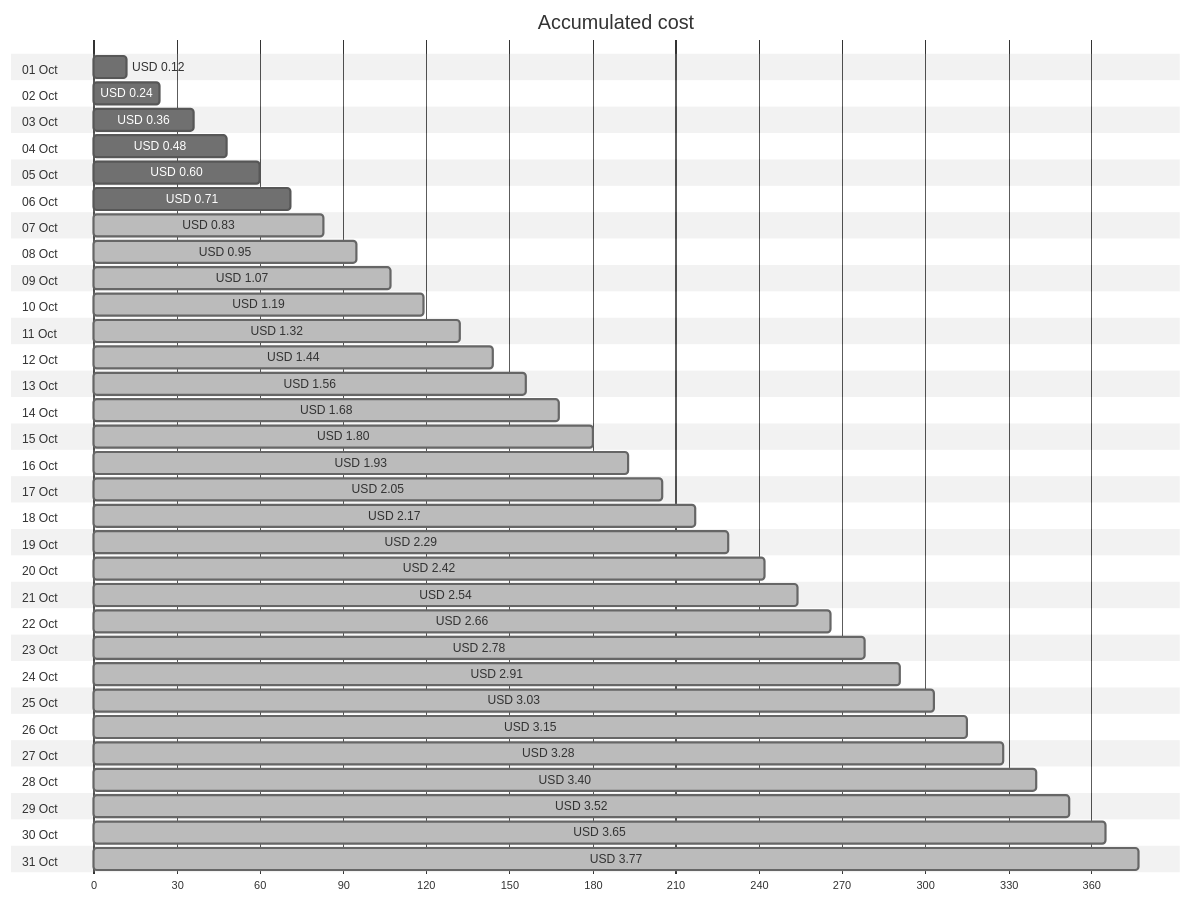
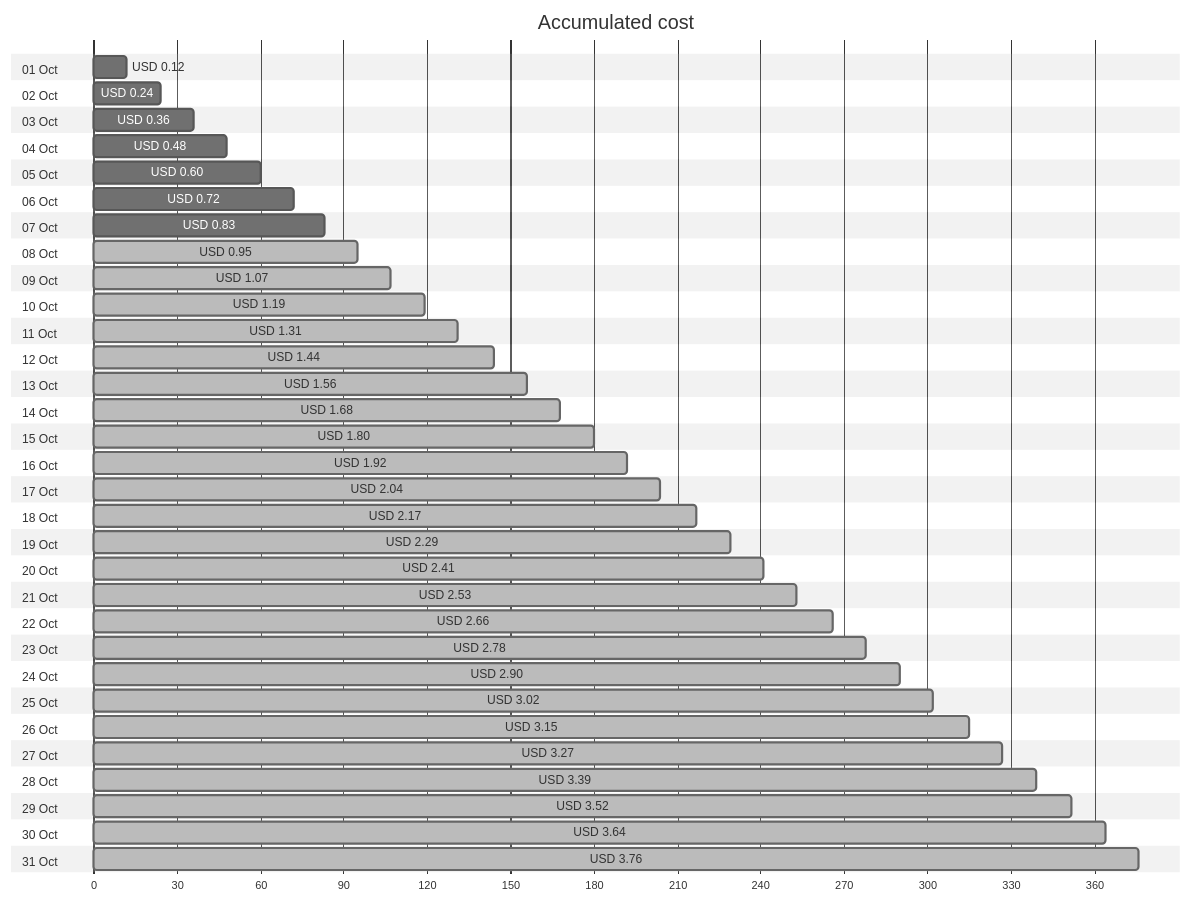
One commit to jpfulton/azure-personal-reports changed the first of 4 diagrams in cost-reports/personal-network/vpn-server-public-ip.md. Above: the diagram before and after it, drawn with Mermaid (neutral theme). The commit also changed other lines of this file and 8 other files, not shown here.

````diff
--- a/cost-reports/personal-network/vpn-server-public-ip.md
+++ b/cost-reports/personal-network/vpn-server-public-ip.md
@@ -20,68 +20,68 @@
 ```mermaid
 gantt
    title Accumulated cost
    dateFormat  X
    axisFormat %s
    section 01 Oct
    USD 0.12 :0, 12
    section 02 Oct
    USD 0.24 :0, 24
    section 03 Oct
    USD 0.36 :0, 36
    section 04 Oct
    USD 0.48 :0, 48
    section 05 Oct
    USD 0.60 :0, 60
    section 06 Oct
-   USD 0.71 :0, 71
+   USD 0.72 :0, 72
    section 07 Oct
-   USD 0.83 : done, 0, 83
+   USD 0.83 :0, 83
    section 08 Oct
    USD 0.95 : done, 0, 95
    section 09 Oct
    USD 1.07 : done, 0, 107
    section 10 Oct
    USD 1.19 : done, 0, 119
    section 11 Oct
-   USD 1.32 : done, 0, 132
+   USD 1.31 : done, 0, 131
    section 12 Oct
    USD 1.44 : done, 0, 144
    section 13 Oct
    USD 1.56 : done, 0, 156
    section 14 Oct
    USD 1.68 : done, 0, 168
    section 15 Oct
    USD 1.80 : done, 0, 180
    section 16 Oct
-   USD 1.93 : done, 0, 193
+   USD 1.92 : done, 0, 192
    section 17 Oct
-   USD 2.05 : done, 0, 205
+   USD 2.04 : done, 0, 204
    section 18 Oct
    USD 2.17 : done, 0, 217
    section 19 Oct
    USD 2.29 : done, 0, 229
    section 20 Oct
-   USD 2.42 : done, 0, 242
+   USD 2.41 : done, 0, 241
    section 21 Oct
-   USD 2.54 : done, 0, 254
+   USD 2.53 : done, 0, 253
    section 22 Oct
    USD 2.66 : done, 0, 266
    section 23 Oct
    USD 2.78 : done, 0, 278
    section 24 Oct
-   USD 2.91 : done, 0, 291
+   USD 2.90 : done, 0, 290
    section 25 Oct
-   USD 3.03 : done, 0, 303
+   USD 3.02 : done, 0, 302
    section 26 Oct
    USD 3.15 : done, 0, 315
    section 27 Oct
-   USD 3.28 : done, 0, 328
+   USD 3.27 : done, 0, 327
    section 28 Oct
-   USD 3.40 : done, 0, 340
+   USD 3.39 : done, 0, 339
    section 29 Oct
    USD 3.52 : done, 0, 352
    section 30 Oct
-   USD 3.65 : done, 0, 365
+   USD 3.64 : done, 0, 364
    section 31 Oct
-   USD 3.77 : done, 0, 377
+   USD 3.76 : done, 0, 376
 ```
````
